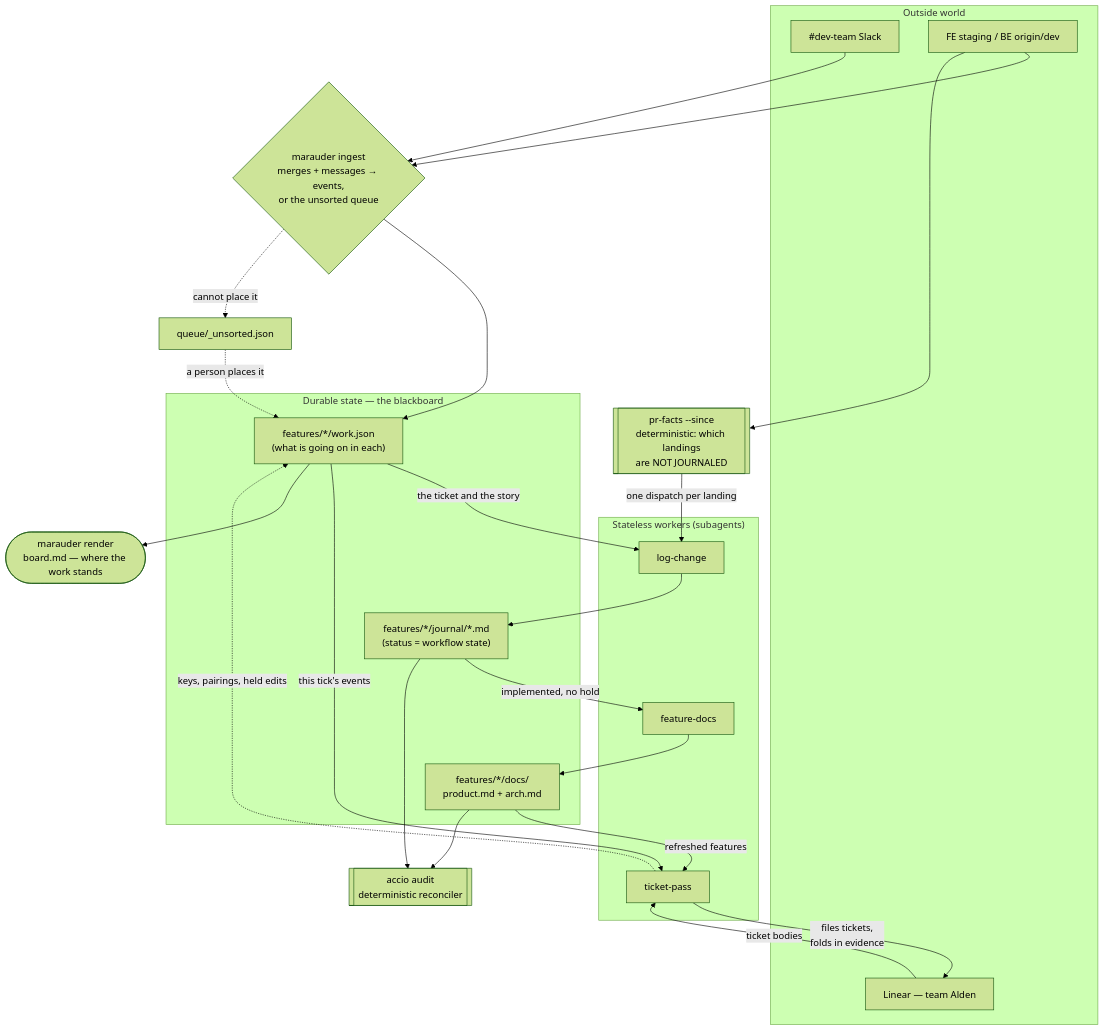
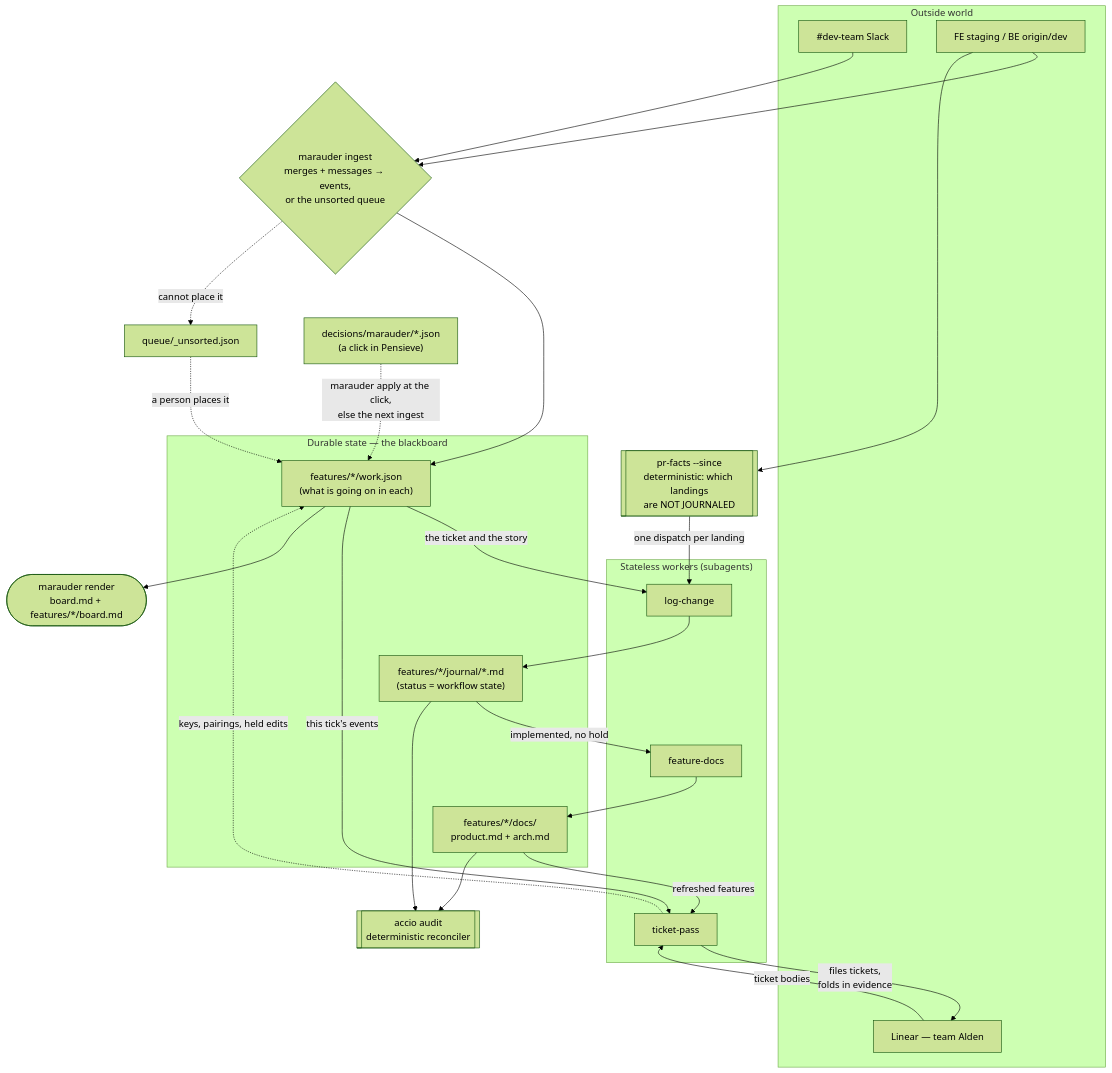
The second of 4 diagrams in apps/argus/README.md (d0nwong/citadel), drawn with Mermaid (forest theme) before and after one commit. The commit also changed other lines of this file, not shown here.

First line of the commit message:
docs: README's loop diagrams and rows by feature, with marauder apply landed

````diff
--- a/apps/argus/README.md
+++ b/apps/argus/README.md
@@ -82,43 +93,45 @@
 ```mermaid
 flowchart TB
     subgraph world["Outside world"]
         slack["#dev-team Slack"]
         linear["Linear — team Alden"]
         staging["FE staging / BE origin/dev"]
     end
 
     subgraph workers["Stateless workers (subagents)"]
         lc["log-change"]
         fd["feature-docs"]
         tp["ticket-pass"]
     end
 
     subgraph blackboard["Durable state — the blackboard"]
         ws["features/*/work.json<br/>(what is going on in each)"]
         journal["features/*/journal/*.md<br/>(status = workflow state)"]
         docs["features/*/docs/<br/>product.md + arch.md"]
     end
 
     prfacts[["pr-facts --since<br/>deterministic: which landings<br/>are NOT JOURNALED"]]
     audit[["accio audit<br/>deterministic reconciler"]]
     ingest{"marauder ingest<br/>merges + messages → events,<br/>or the unsorted queue"}
-    board(["marauder render<br/>board.md — where the work stands"])
+    board(["marauder render<br/>board.md + features/*/board.md"])
+    decisions["decisions/marauder/*.json<br/>(a click in Pensieve)"]
 
     slack --> ingest
     staging --> ingest
     staging --> prfacts
     ingest --> ws
     ingest -. "cannot place it" .-> queue["queue/_unsorted.json"]
     queue -. "a person places it" .-> ws
     prfacts -- "one dispatch per landing" --> lc --> journal
     ws -- "the ticket and the story" --> lc
     journal -- "implemented, no hold" --> fd --> docs
     ws -- "this tick's events" --> tp
     docs -- "refreshed features" --> tp
     tp -- "files tickets,<br/>folds in evidence" --> linear
     tp -. "keys, pairings, held edits" .-> ws
     linear -- "ticket bodies" --> tp
     journal --> audit
     docs --> audit
     ws --> board
+    decisions -. "marauder apply at the click,<br/>else the next ingest" .-> ws
 ```
````
